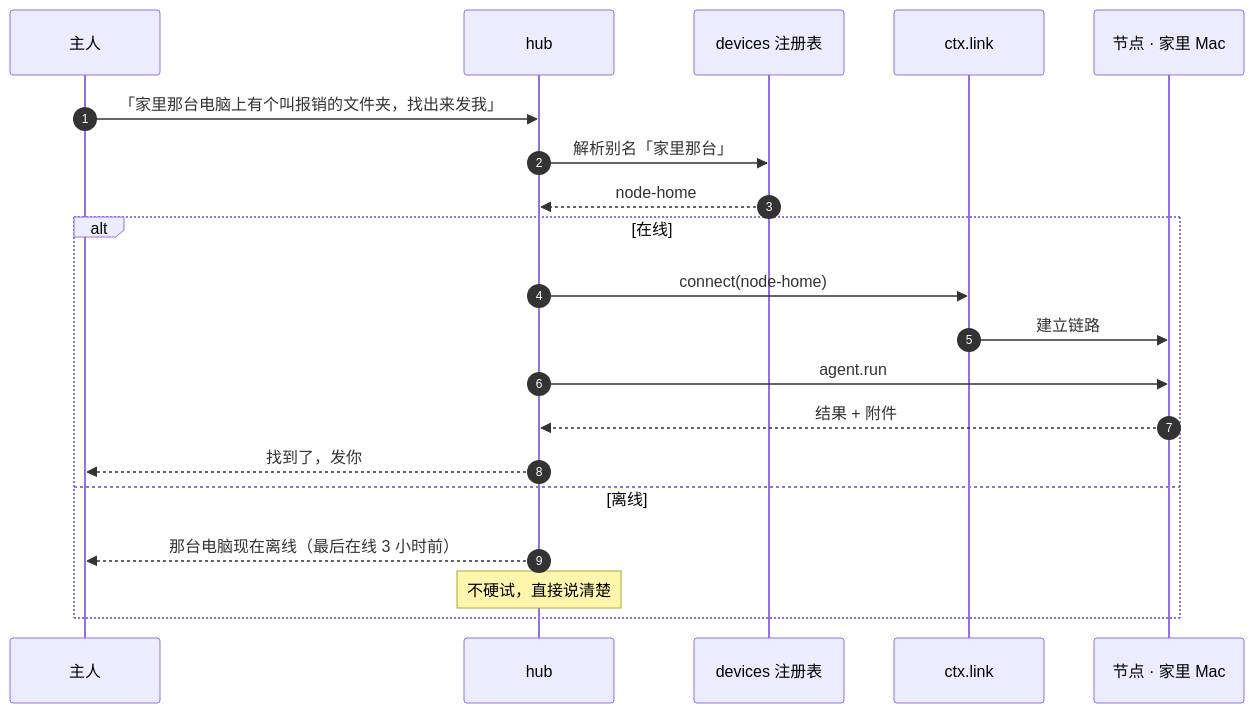
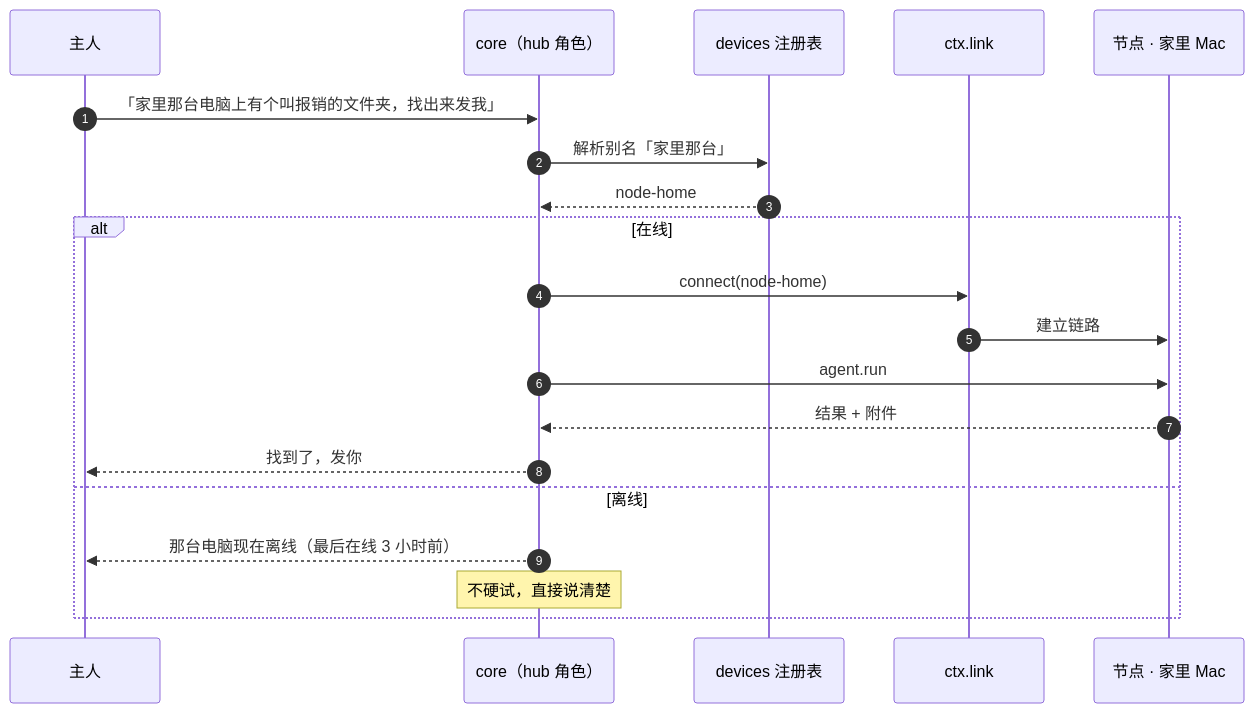
The diagram in docs/diagrams/tech-07-seq-multidevice.mmd (Leowuqunqun/ai-butler), drawn with Mermaid before and after one commit. The commit also changed 14 other files, not shown here.

First line of the commit message:
docs(diagrams): 7 张图对齐现状 —— hub/node 是角色、M 标签换成真实状态、类名改对

```diff
--- a/docs/diagrams/tech-07-seq-multidevice.mmd
+++ b/docs/diagrams/tech-07-seq-multidevice.mmd
@@ -1,21 +1,21 @@
 sequenceDiagram
     autonumber
     participant U as 主人
-    participant H as hub
+    participant H as core（hub 角色）
     participant D as devices 注册表
     participant L as ctx.link
     participant N as 节点 · 家里 Mac
 
     U->>H: 「家里那台电脑上有个叫报销的文件夹，找出来发我」
     H->>D: 解析别名「家里那台」
     D-->>H: node-home
     alt 在线
         H->>L: connect(node-home)
         L->>N: 建立链路
         H->>N: agent.run
         N-->>H: 结果 + 附件
         H-->>U: 找到了，发你
     else 离线
         H-->>U: 那台电脑现在离线（最后在线 3 小时前）
         Note over H: 不硬试，直接说清楚
     end
```
